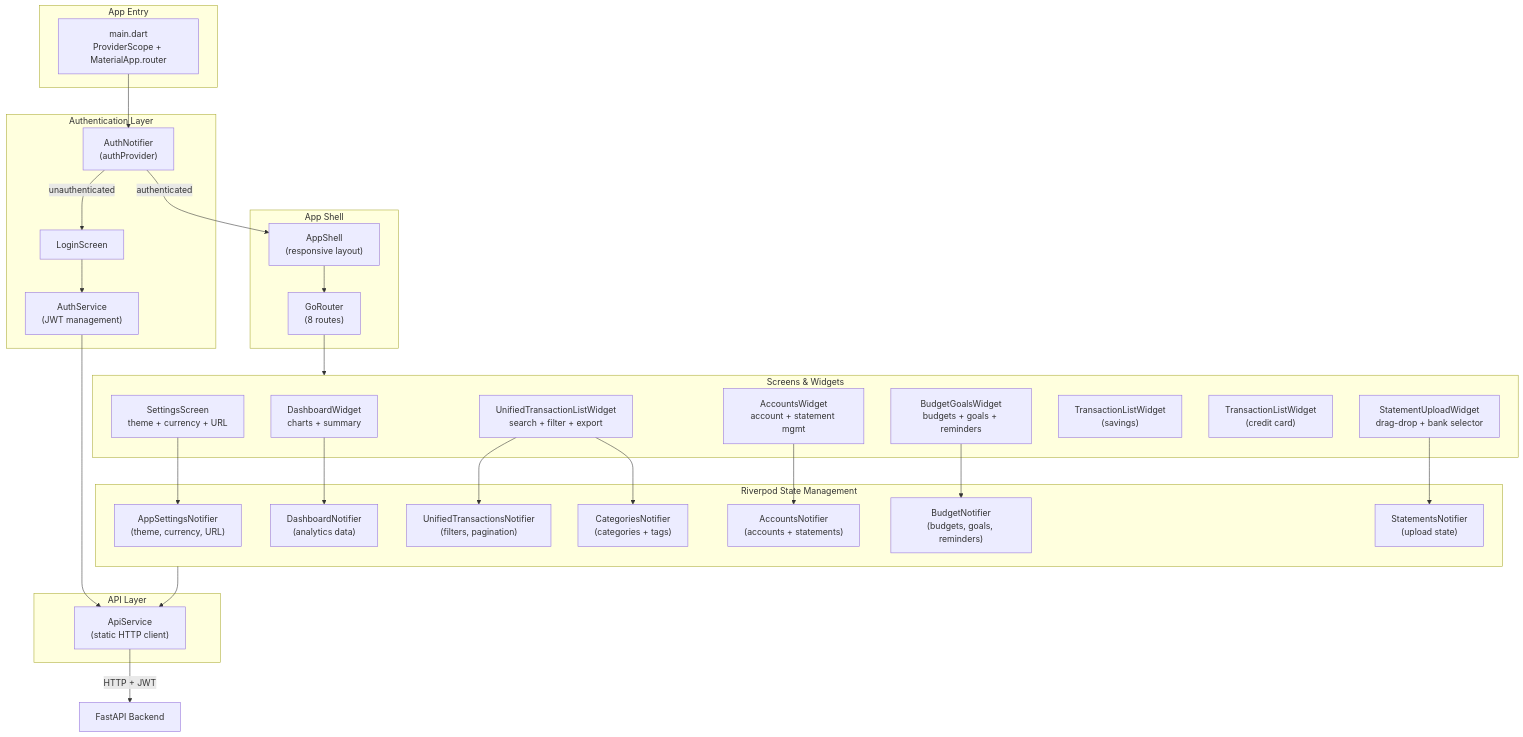
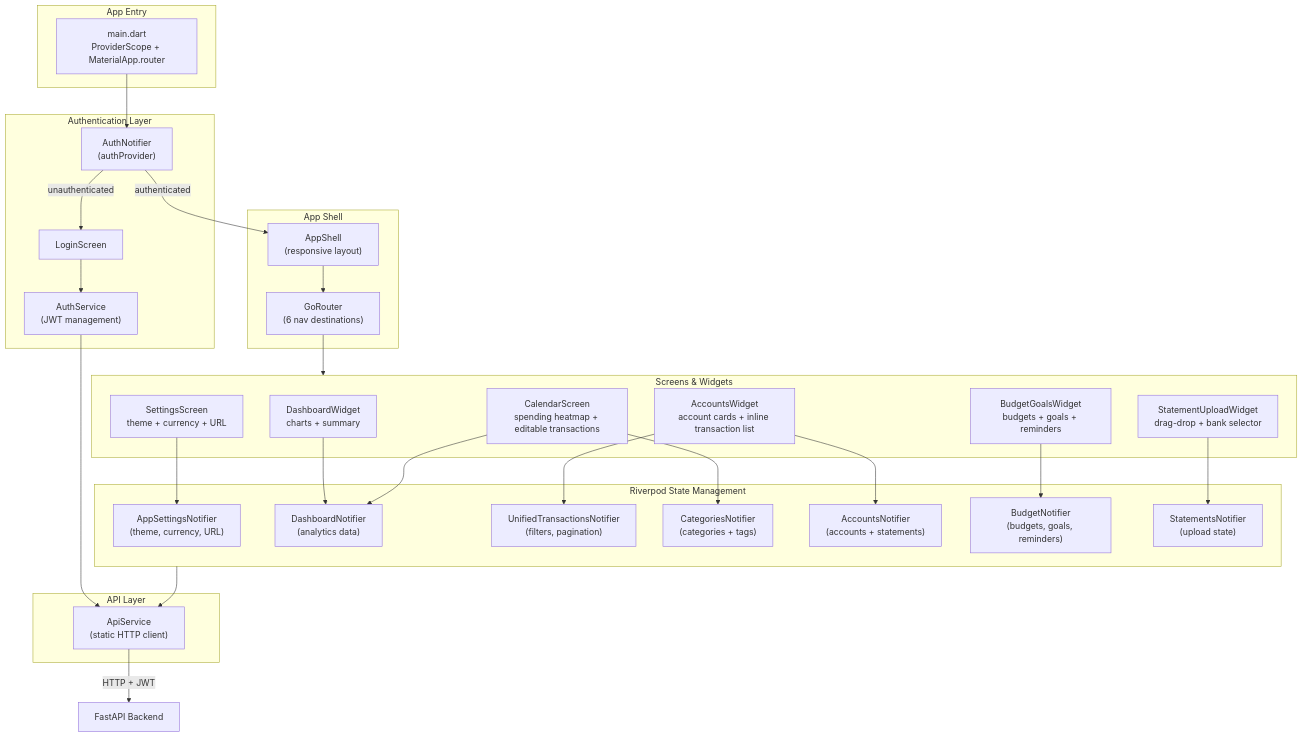
One commit to ghiridhars/finance-tracker-personal changed the seventh of 10 diagrams in docs/ARCHITECTURE.md. Above: the diagram before and after it, drawn with Mermaid. The commit also changed other lines of this file and 17 other files, not shown here.

Commit message:
feat: Implement account-centric transactions, a full-page spending calendar, and foundational backend/frontend services.

````diff
--- a/docs/ARCHITECTURE.md
+++ b/docs/ARCHITECTURE.md
@@ -360,62 +360,61 @@
 ```mermaid
 graph TB
     subgraph EntryPoint["App Entry"]
         Main["main.dart<br/>ProviderScope + MaterialApp.router"]
     end
 
     subgraph Auth["Authentication Layer"]
         AuthProv["AuthNotifier<br/>(authProvider)"]
         LoginScr["LoginScreen"]
         AuthSvc["AuthService<br/>(JWT management)"]
     end
 
     subgraph Shell["App Shell"]
         AppShell["AppShell<br/>(responsive layout)"]
-        GoRouter["GoRouter<br/>(8 routes)"]
+        GoRouter["GoRouter<br/>(6 nav destinations)"]
     end
 
     subgraph Screens["Screens & Widgets"]
         Dashboard["DashboardWidget<br/>charts + summary"]
         Upload["StatementUploadWidget<br/>drag-drop + bank selector"]
-        Txns["UnifiedTransactionListWidget<br/>search + filter + export"]
-        Accounts["AccountsWidget<br/>account + statement mgmt"]
+        Calendar["CalendarScreen<br/>spending heatmap + editable transactions"]
+        Accounts["AccountsWidget<br/>account cards + inline transaction list"]
         Budget["BudgetGoalsWidget<br/>budgets + goals + reminders"]
-        Savings["TransactionListWidget<br/>(savings)"]
-        CreditCard["TransactionListWidget<br/>(credit card)"]
         Settings["SettingsScreen<br/>theme + currency + URL"]
     end
 
     subgraph Providers["Riverpod State Management"]
         AppSettings["AppSettingsNotifier<br/>(theme, currency, URL)"]
         DashProv["DashboardNotifier<br/>(analytics data)"]
         TxnProv["UnifiedTransactionsNotifier<br/>(filters, pagination)"]
         CatProv["CategoriesNotifier<br/>(categories + tags)"]
         AccProv["AccountsNotifier<br/>(accounts + statements)"]
         BudProv["BudgetNotifier<br/>(budgets, goals, reminders)"]
         StmtProv["StatementsNotifier<br/>(upload state)"]
     end
 
     subgraph API["API Layer"]
         ApiService["ApiService<br/>(static HTTP client)"]
     end
 
     Main --> AuthProv
     AuthProv -->|authenticated| AppShell
     AuthProv -->|unauthenticated| LoginScr
     LoginScr --> AuthSvc
     AuthSvc --> ApiService
 
     AppShell --> GoRouter
     GoRouter --> Screens
 
     Dashboard --> DashProv
     Upload --> StmtProv
-    Txns --> TxnProv
-    Txns --> CatProv
+    Calendar --> DashProv
+    Calendar --> CatProv
     Accounts --> AccProv
+    Accounts --> TxnProv
     Budget --> BudProv
     Settings --> AppSettings
 
     Providers --> ApiService
     ApiService -- "HTTP + JWT" --> Backend["FastAPI Backend"]
 ```
````
